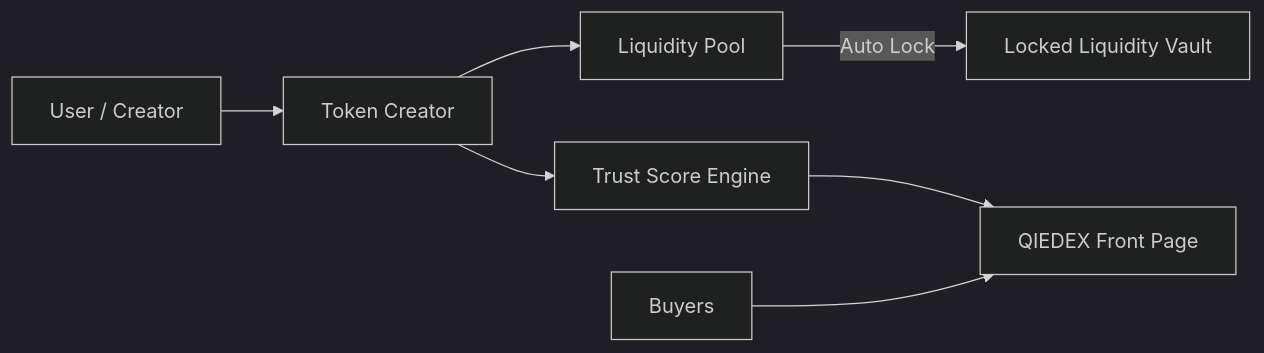
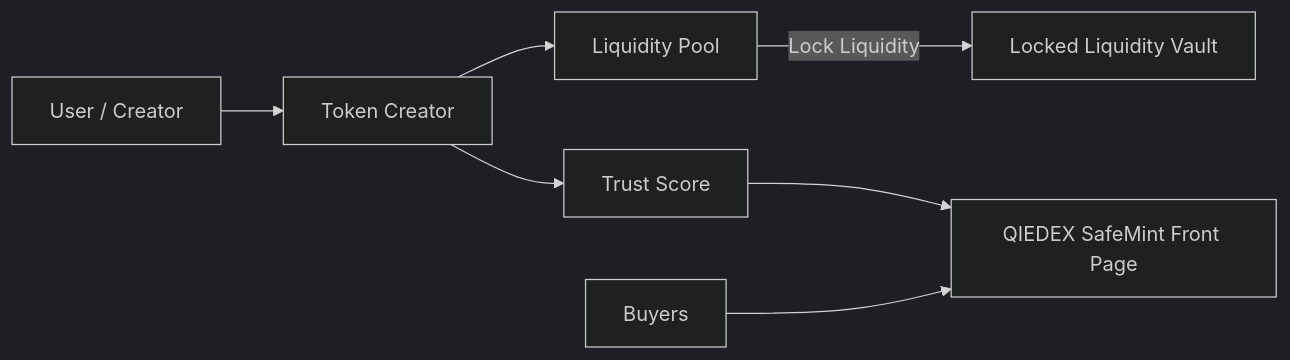
The diagram in README.md (hari-hara-sudharsan/tokenCreator), drawn with Mermaid (dark theme) before and after one commit. The commit also changed other lines of this file, not shown here.

First line of the commit message:
Revise README for SafeMint project details

````diff
--- a/README.md
+++ b/README.md
@@ -102,9 +85,9 @@
 ```mermaid
 flowchart LR
     U[User / Creator] --> T[Token Creator]
     T --> L[Liquidity Pool]
-    L -->|Auto Lock| LL[Locked Liquidity Vault]
-    T --> S[Trust Score Engine]
-    S --> UI[QIEDEX Front Page]
+    L -->|Lock Liquidity| LL[Locked Liquidity Vault]
+    T --> S[Trust Score]
+    S --> UI[QIEDEX SafeMint Front Page]
     Buyers[Buyers] --> UI
 ```
````
